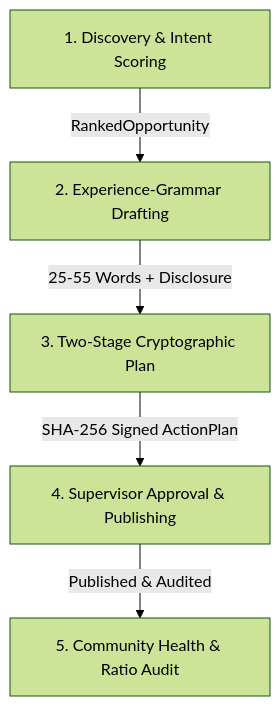
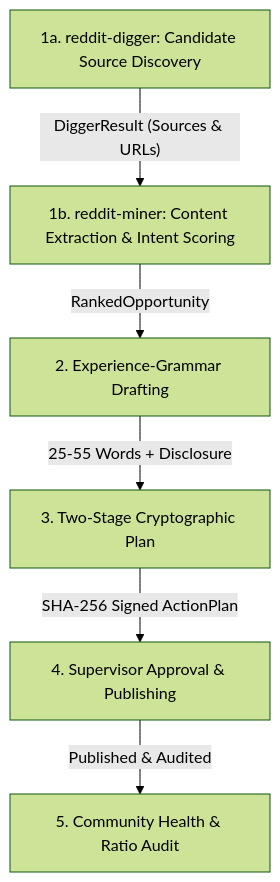
Before and after one commit to imMamdouhaboammar/reddit-automation: the diagram in .agents/skills/reddit-automation/SKILL.md, drawn with Mermaid (forest theme). The commit also changed other lines of this file and 12 other files, not shown here.

Commit message:
feat(discovery): decouple discovery into reddit-digger and reddit-miner tools

````diff
--- a/.agents/skills/reddit-automation/SKILL.md
+++ b/.agents/skills/reddit-automation/SKILL.md
@@ -98,7 +100,8 @@
 ```mermaid
 flowchart TD
-    A["1. Discovery & Intent Scoring"] -->|"RankedOpportunity"| B["2. Experience-Grammar Drafting"]
+    A1["1a. reddit-digger: Candidate Source Discovery"] -->|"DiggerResult (Sources & URLs)"| A2["1b. reddit-miner: Content Extraction & Intent Scoring"]
+    A2 -->|"RankedOpportunity"| B["2. Experience-Grammar Drafting"]
     B -->|"25-55 Words + Disclosure"| C["3. Two-Stage Cryptographic Plan"]
     C -->|"SHA-256 Signed ActionPlan"| D["4. Supervisor Approval & Publishing"]
     D -->|"Published & Audited"| E["5. Community Health & Ratio Audit"]
 ```
````
